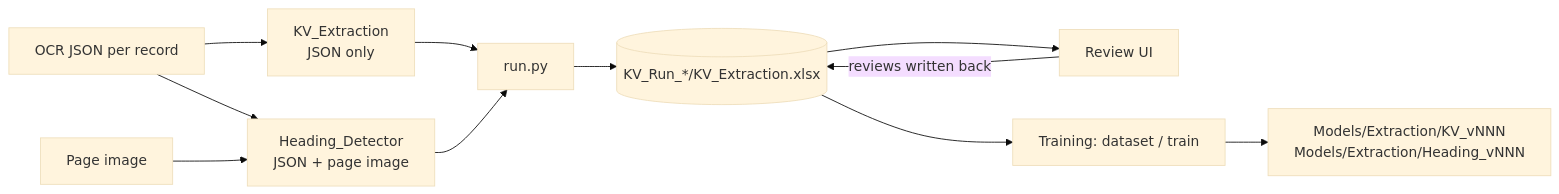
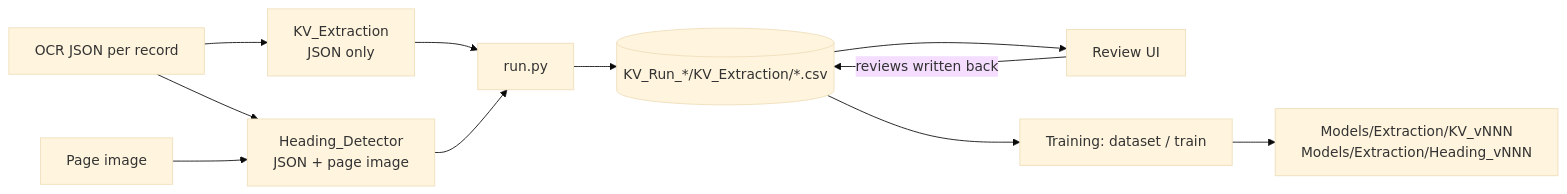
One commit to drajputEvernile/NER changed the diagram in HOW_IT_WORKS.md. Above: the diagram before and after it, drawn with Mermaid (base theme). The commit also changed other lines of this file and 19 other files, not shown here.

````diff
--- a/HOW_IT_WORKS.md
+++ b/HOW_IT_WORKS.md
@@ -19,13 +19,13 @@
 ```mermaid
 flowchart LR
     OCR[OCR JSON per record] --> KV[KV_Extraction<br/>JSON only]
     OCR --> HD[Heading_Detector<br/>JSON + page image]
     Img[Page image] --> HD
     KV --> Run[run.py]
     HD --> Run
-    Run --> WB[(KV_Run_*/KV_Extraction.xlsx)]
+    Run --> WB[(KV_Run_*/KV_Extraction/*.csv)]
     WB --> UI[Review UI]
     UI -->|reviews written back| WB
     WB --> Train[Training: dataset / train]
     Train --> Models[Models/Extraction/KV_vNNN<br/>Models/Extraction/Heading_vNNN]
 ```
````
